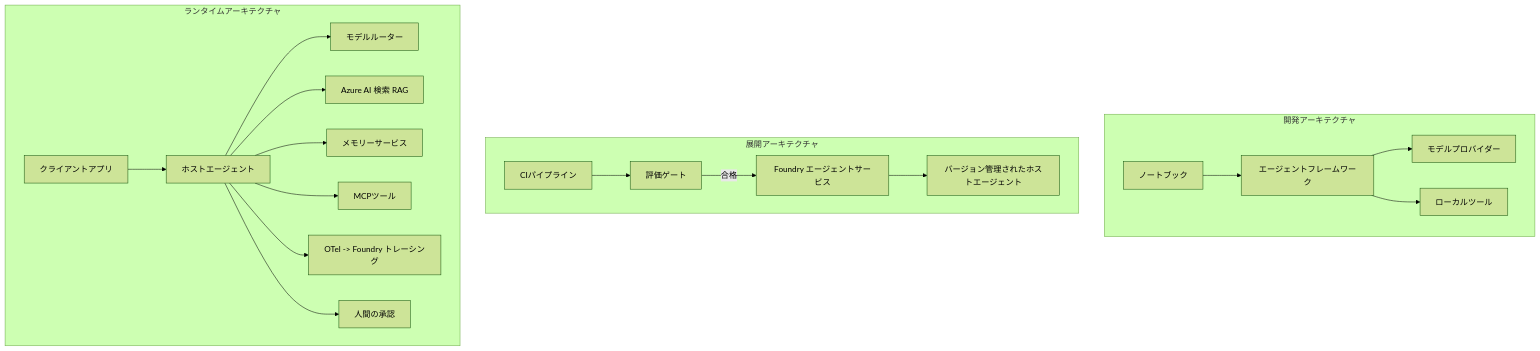
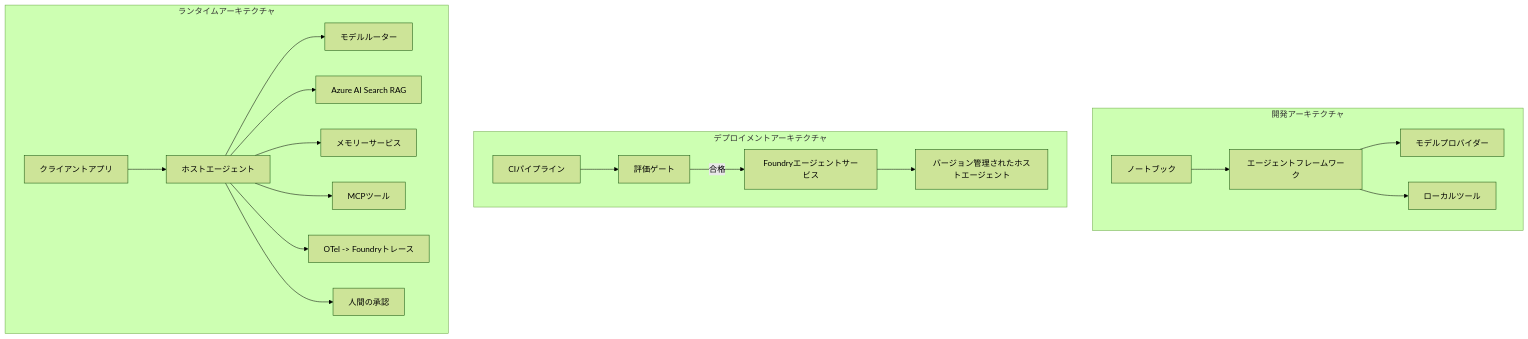
One commit to gabrielmoreira/agent-skills-mirror changed the fourth of 4 diagrams in mirrors/repos/microsoft@ai-agents-for-beginners/translations/ja/16-deploying-scalable-agents/README.md. Above: the diagram before and after it, drawn with Mermaid (forest theme). The commit also changed other lines of this file and 4262 other files, not shown here.

````diff
--- a/mirrors/repos/microsoft@ai-agents-for-beginners/translations/ja/16-deploying-scalable-agents/README.md
+++ b/mirrors/repos/microsoft@ai-agents-for-beginners/translations/ja/16-deploying-scalable-agents/README.md
@@ -185,22 +185,22 @@
 ```mermaid
 flowchart TB
     subgraph Dev[開発アーキテクチャ]
         D1[ノートブック] --> D2[エージェントフレームワーク]
         D2 --> D3[モデルプロバイダー]
         D2 --> D4[ローカルツール]
     end
-    subgraph Deploy[展開アーキテクチャ]
+    subgraph Deploy[デプロイメントアーキテクチャ]
         E1[CIパイプライン] --> E2[評価ゲート]
-        E2 -->|合格| E3[Foundry エージェントサービス]
+        E2 -->|合格| E3[Foundryエージェントサービス]
         E3 --> E4[バージョン管理されたホストエージェント]
     end
     subgraph Run[ランタイムアーキテクチャ]
         F1[クライアントアプリ] --> F2[ホストエージェント]
         F2 --> F3[モデルルーター]
-        F2 --> F4[Azure AI 検索 RAG]
+        F2 --> F4[Azure AI Search RAG]
         F2 --> F5[メモリーサービス]
         F2 --> F6[MCPツール]
-        F2 --> F7[OTel -> Foundry トレーシング]
+        F2 --> F7[OTel -> Foundryトレース]
         F2 --> F8[人間の承認]
     end
 ```
````
